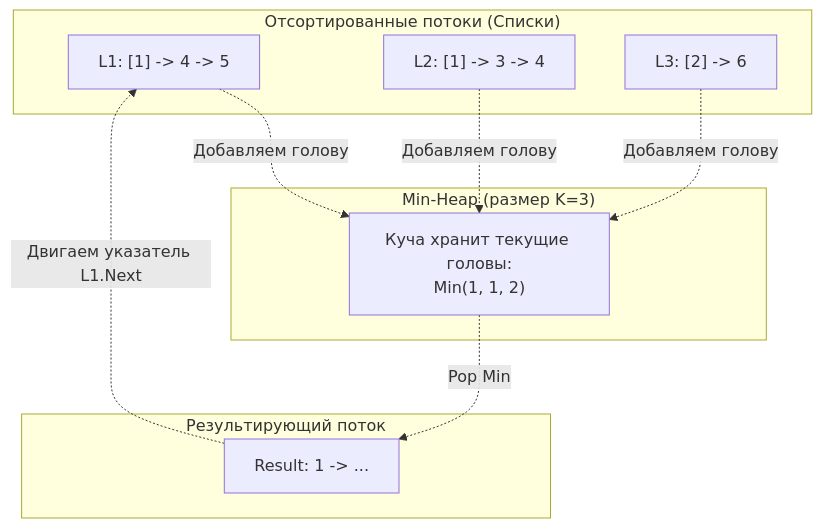
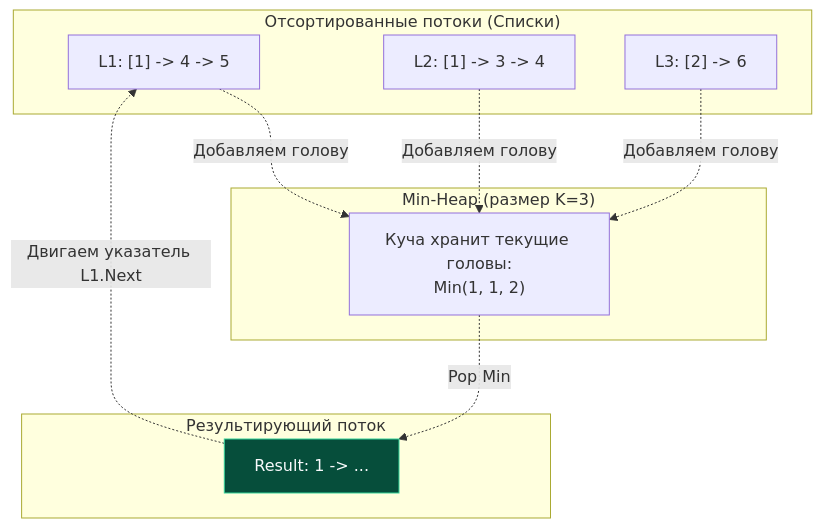
Before and after one commit to UnrealTemplier/go-textbook: the diagram in sources/21. Задачи с LeetCode и собеседований на Go/02. Задачи/16. Кучи и Top K/5. Merge K Sorted Lists.md, drawn with Mermaid. The commit also changed 1666 other files, not shown here.

First line of the commit message:
feat(mermaid): add semantic color classDef to 1369 colorless flowchart/graph diagrams

````diff
--- a/sources/21. Задачи с LeetCode и собеседований на Go/02. Задачи/16. Кучи и Top K/5. Merge K Sorted Lists.md
+++ b/sources/21. Задачи с LeetCode и собеседований на Go/02. Задачи/16. Кучи и Top K/5. Merge K Sorted Lists.md
@@ -25,23 +25,33 @@
 ```mermaid
 graph TD
+    classDef process  fill:#1e293b,stroke:#38bdf8,stroke-width:1px,color:#f8fafc
+    classDef success  fill:#064e3b,stroke:#34d399,stroke-width:1px,color:#f8fafc
+    classDef error    fill:#7f1d1d,stroke:#f87171,stroke-width:1px,color:#f8fafc
+    classDef warning  fill:#78350f,stroke:#fbbf24,stroke-width:1px,color:#f8fafc
+    classDef entry    fill:#1e3a5f,stroke:#38bdf8,stroke-width:2px,color:#f8fafc
+    classDef aux      fill:#334155,stroke:#64748b,stroke-width:1px,color:#f8fafc
+    classDef system   fill:#312e81,stroke:#a78bfa,stroke-width:1px,color:#f8fafc
+    classDef data     fill:#132d29,stroke:#2dd4bf,stroke-width:1px,color:#f8fafc
+    classDef network  fill:#881337,stroke:#fb7185,stroke-width:1px,color:#f8fafc
+    classDef accent   fill:#1e1b4b,stroke:#818cf8,stroke-width:1px,color:#f8fafc
     subgraph "Отсортированные потоки (Списки)"
         L1["L1: [1] -> 4 -> 5"]
         L2["L2: [1] -> 3 -> 4"]
         L3["L3: [2] -> 6"]
     end
     
     subgraph "Min-Heap (размер K=3)"
         H["Куча хранит текущие головы:<br>Min(1, 1, 2)"]
     end
     
     subgraph "Результирующий поток"
-        R["Result: 1 -> ..."]
+        R["Result: 1 -> ..."]:::success
     end
     
     L1 -.->|"Добавляем голову"| H
     L2 -.->|"Добавляем голову"| H
     L3 -.->|"Добавляем голову"| H
     
     H -.->|"Pop Min"| R
     R -.->|"Двигаем указатель L1.Next"| L1
 ```
````
